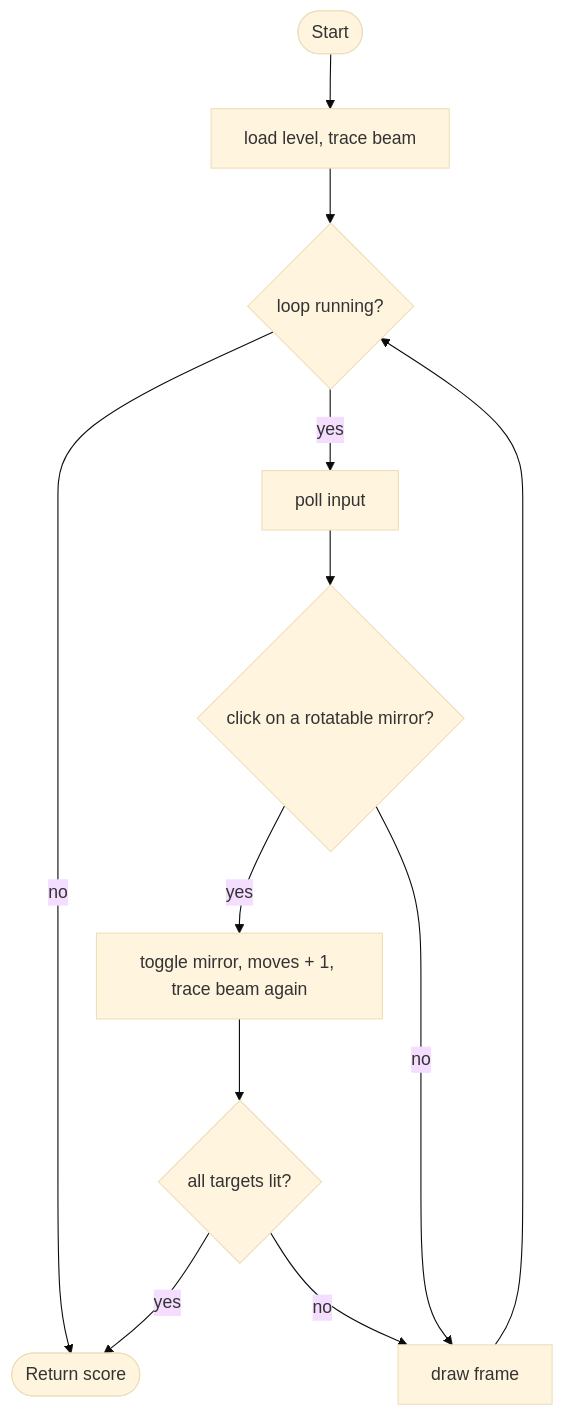
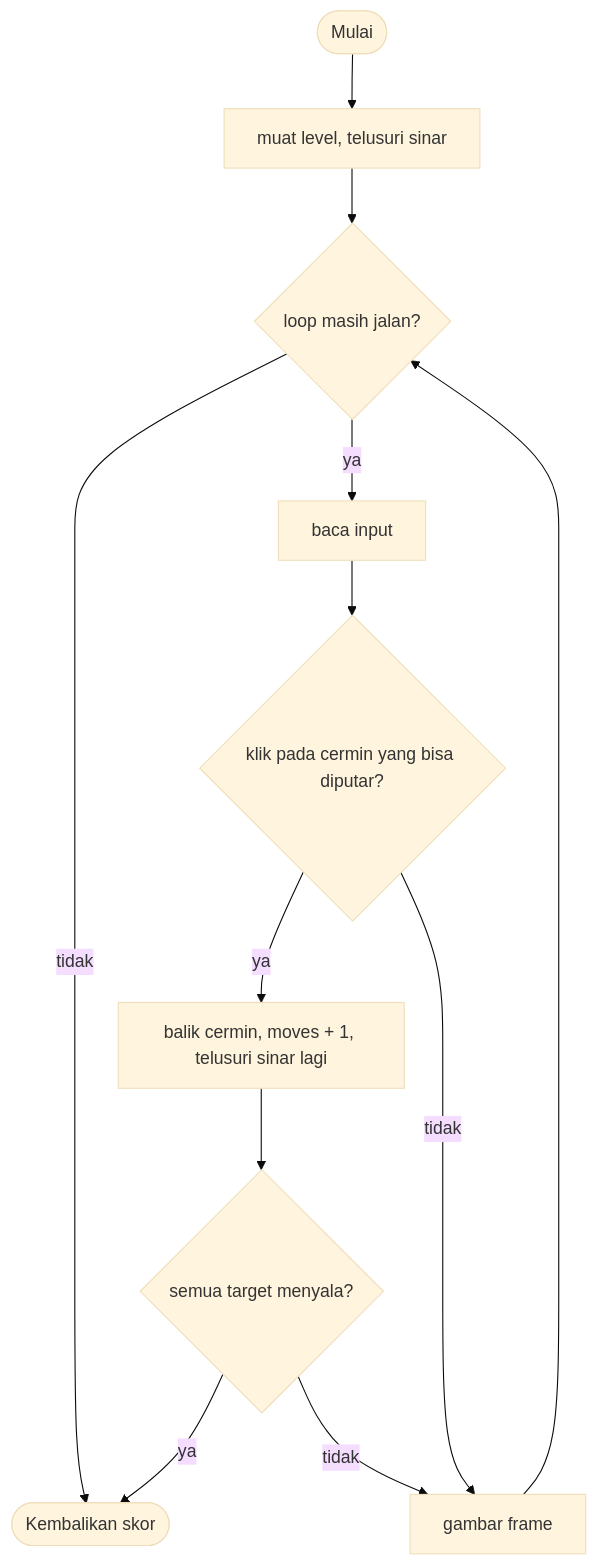
The diagram in games/laser_mirrors/GAME.md (zaxx-q/arCade), drawn with Mermaid (base theme) before and after one commit. The commit also changed other lines of this file and 19 other files, not shown here.

````diff
--- a/games/laser_mirrors/GAME.md
+++ b/games/laser_mirrors/GAME.md
@@ -37,14 +160,14 @@
 ```mermaid
 flowchart TD
-    A([Start]) --> B[load level, trace beam]
-    B --> C{loop running?}
-    C -- no --> Z([Return score])
-    C -- yes --> D[poll input]
-    D --> E{click on a rotatable mirror?}
-    E -- yes --> F[toggle mirror, moves + 1, trace beam again]
-    E -- no --> G[draw frame]
-    F --> H{all targets lit?}
-    H -- yes --> Z
-    H -- no --> G
+    A([Mulai]) --> B["muat level, telusuri sinar"]
+    B --> C{"loop masih jalan?"}
+    C -- tidak --> Z([Kembalikan skor])
+    C -- ya --> D[baca input]
+    D --> E{"klik pada cermin yang bisa diputar?"}
+    E -- ya --> F["balik cermin, moves + 1, telusuri sinar lagi"]
+    E -- tidak --> G[gambar frame]
+    F --> H{"semua target menyala?"}
+    H -- ya --> Z
+    H -- tidak --> G
     G --> C
 ```
````
